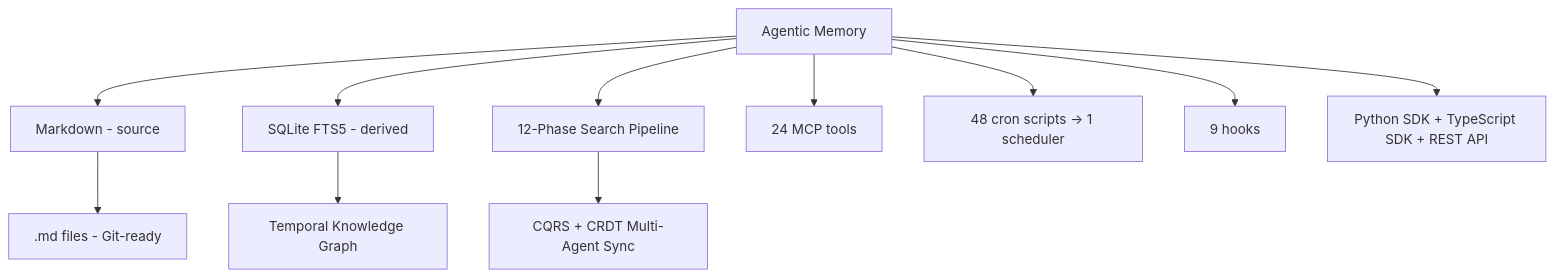
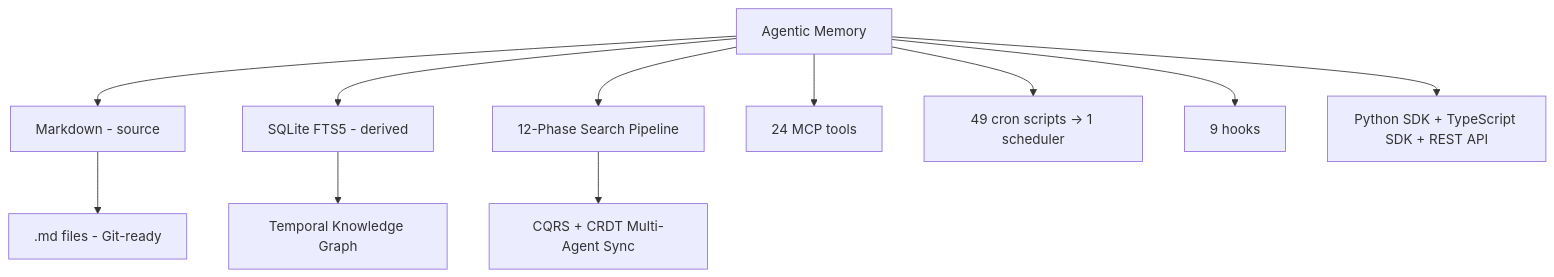
Before and after one commit to ArkaAiAdmin/Agentic-Memory: the diagram in README.md, drawn with Mermaid. The commit also changed 29 other files, not shown here.

````diff
--- a/README.md
+++ b/README.md
@@ -23,13 +23,13 @@
 ```mermaid
 graph TD
     A[Agentic Memory] --> B[Markdown - source]
     A --> C[SQLite FTS5 - derived]
     A --> D[12-Phase Search Pipeline]
     B --> E[.md files - Git-ready]
     C --> F[Temporal Knowledge Graph]
     D --> G[CQRS + CRDT Multi-Agent Sync]
     A --> H[24 MCP tools]
-    A --> I[48 cron scripts -> 1 scheduler]
+    A --> I[49 cron scripts -> 1 scheduler]
     A --> J[9 hooks]
     A --> K[Python SDK + TypeScript SDK + REST API]
 ```
````
